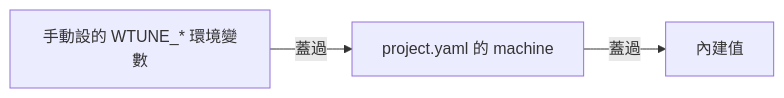
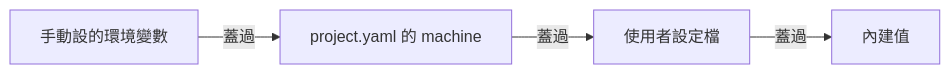
The second of 2 diagrams in docs/tutorial/project.md (Noodle4219005/wtune), drawn with Mermaid before and after one commit. The commit also changed other lines of this file and 49 other files, not shown here.

````diff
--- a/docs/tutorial/project.md
+++ b/docs/tutorial/project.md
@@ -117,4 +125,4 @@
 ```mermaid
 flowchart LR
-    A[手動設的 WTUNE_* 環境變數] -->|蓋過| B[project.yaml 的 machine] -->|蓋過| C[內建值]
+    A[手動設的環境變數] -->|蓋過| B[project.yaml 的 machine] -->|蓋過| U[使用者設定檔] -->|蓋過| C[內建值]
 ```
````
